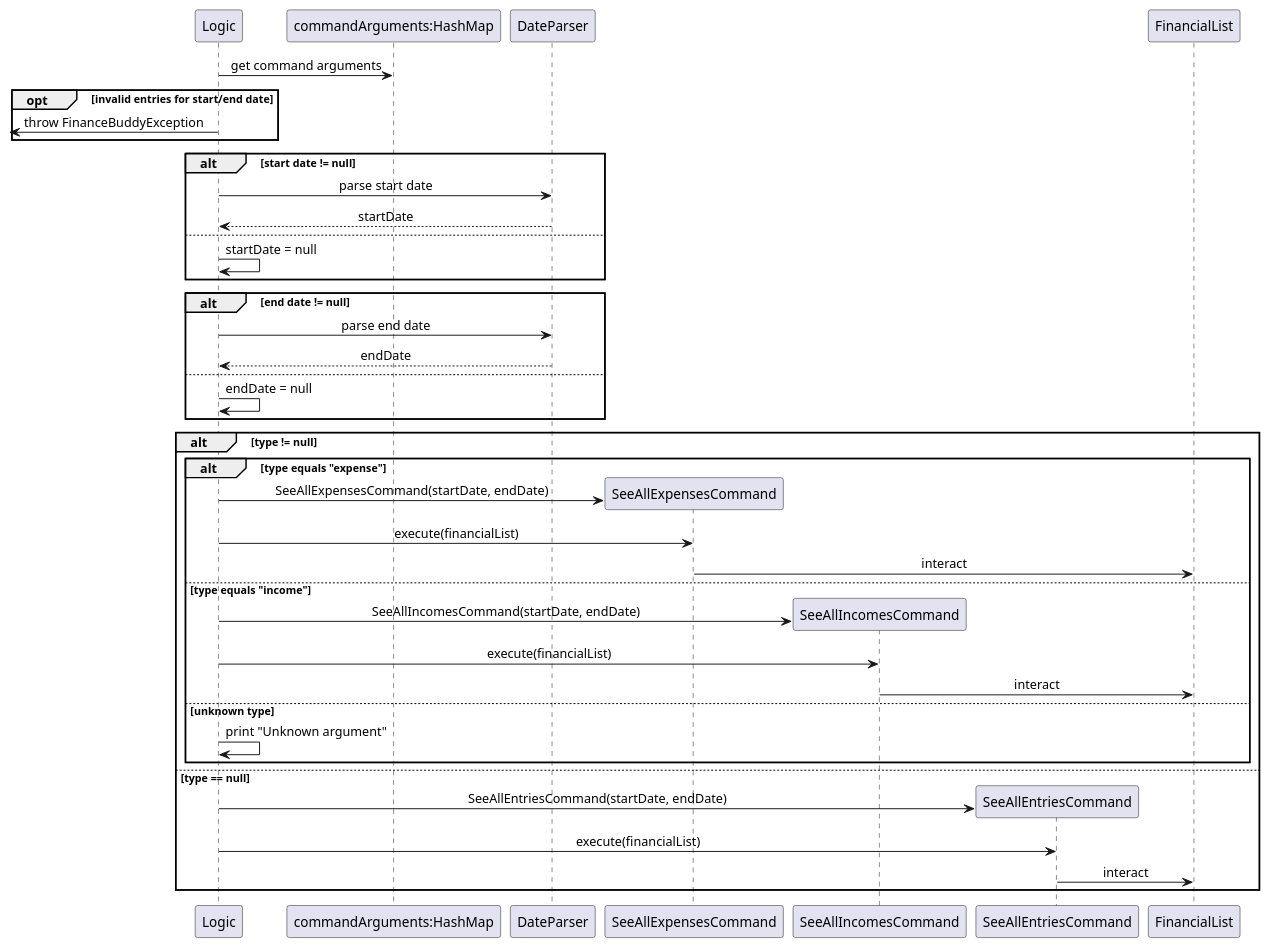
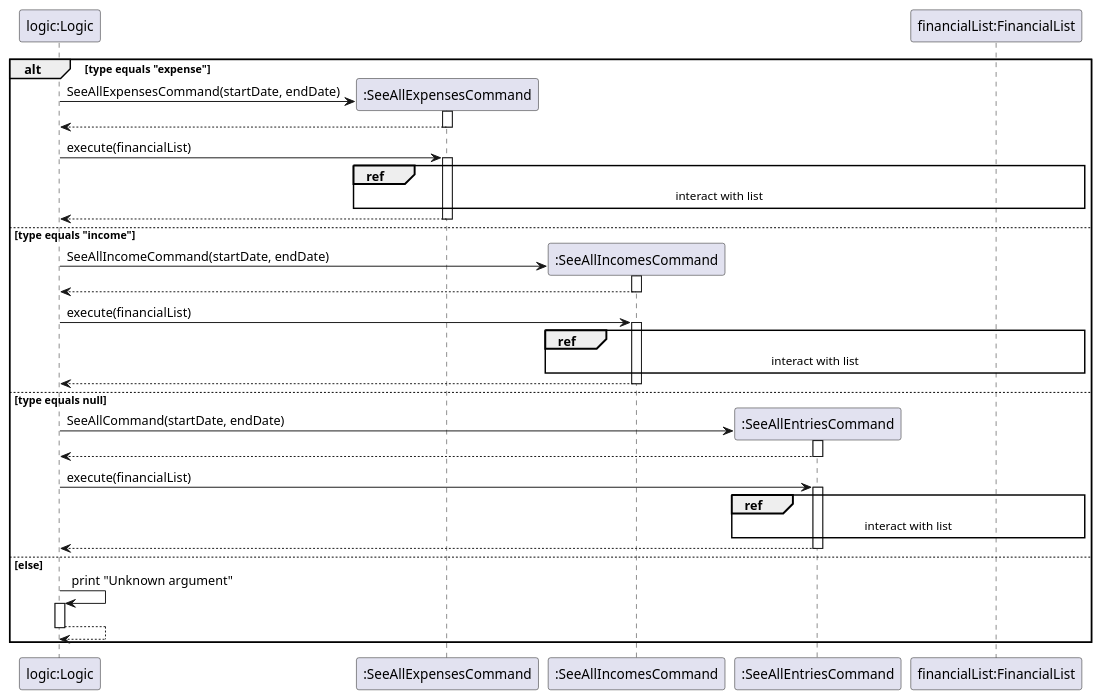
Before and after one commit to nus-cs2113-AY2425S1/tp: the second of 2 diagrams in docs/UML/SeeAllEntriesOverview.puml, drawn with PlantUML. The commit also changed other lines of this file and 5 other files, not shown here.

Commit message:
Update list entries section of DG

```diff
--- a/docs/UML/SeeAllEntriesOverview.puml
+++ b/docs/UML/SeeAllEntriesOverview.puml
@@ -1,54 +47,50 @@
 @startuml
-skinparam sequenceMessageAlign center
-skinparam responseMessageBelowArrow true
+participant "logic:Logic" as app
+participant ":SeeAllExpensesCommand" as expense
+participant ":SeeAllIncomesCommand" as income
+participant ":SeeAllEntriesCommand" as all
+participant "financialList:FinancialList" as list
+' Command execution based on type
 
-participant "Logic" as app
-participant "commandArguments:HashMap" as map
-participant "DateParser" as parser
-participant "SeeAllExpensesCommand" as expense
-participant "SeeAllIncomesCommand" as income
-participant "SeeAllEntriesCommand" as all
-participant "FinancialList" as list
+    alt type equals "expense"
+        create expense
+        app -> expense ** : SeeAllExpensesCommand(startDate, endDate)
+        activate expense
+        return
+        app -> expense : execute(financialList)
+        activate expense
+        ref over expense, list
+        interact with list
+        end
+        return
+    else type equals "income"
+        create income
+        app -> income ** : SeeAllIncomeCommand(startDate, endDate)
+        activate income
+        return
+        app -> income : execute(financialList)
+        activate income
+        ref over income, list
+        interact with list
+        end
+        return
+    else type equals null
+        create all
+        app -> all ** : SeeAllCommand(startDate, endDate)
+        activate all
+        return
+        app -> all : execute(financialList)
+        activate all
+        ref over all, list
+        interact with list
+        end
+        return
+    else else
+        app -> app : print "Unknown argument"
+        activate app
+        return
+    end
 
-' Get values from HashMap
-app -> map : get command arguments
 
-' Check for blank dates
-opt invalid entries for start/end date
-    <- app : throw FinanceBuddyException
-end
 
-' Parse dates
-alt start date != null
-    app -> parser : parse start date
-    parser --> app : startDate
-    else
-        app -> app : startDate = null
-end
-
-alt end date != null
-    app -> parser : parse end date
-    parser --> app : endDate
-    else
-        app -> app : endDate = null
-end
-
-' Command execution based on type
-alt type != null
-    alt type equals "expense"
-        app -> expense ** : SeeAllExpensesCommand(startDate, endDate)
-        app -> expense : execute(financialList)
-        expense -> list : interact
-    else type equals "income"
-        app -> income ** : SeeAllIncomesCommand(startDate, endDate)
-        app -> income : execute(financialList)
-        income -> list : interact
-    else unknown type
-        app -> app : print "Unknown argument"
-    end
-else type == null
-    app -> all ** : SeeAllEntriesCommand(startDate, endDate)
-    app -> all : execute(financialList)
-    all -> list : interact
-end
 @enduml
```
